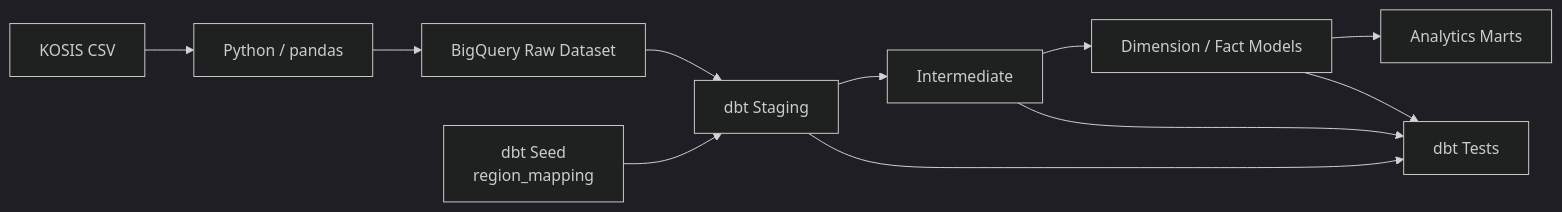
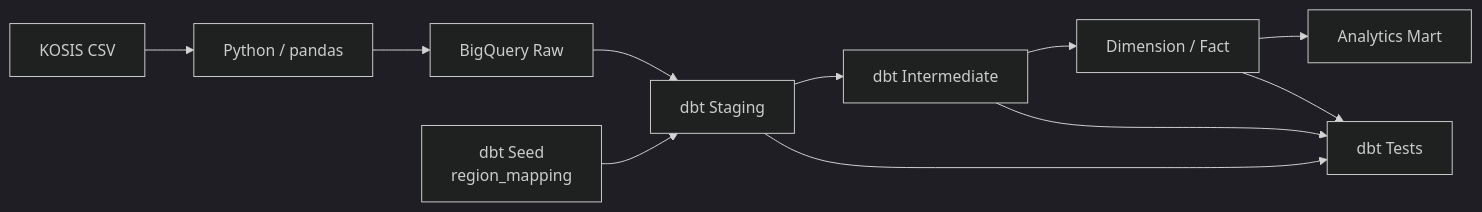
The diagram in README.md (Kai07790/dbt_project_1_tax), drawn with Mermaid (dark theme) before and after one commit. The commit also changed other lines of this file, not shown here.

````diff
--- a/README.md
+++ b/README.md
@@ -147,16 +157,16 @@
 ```mermaid
 flowchart LR
     A[KOSIS CSV] --> B[Python / pandas]
-    B --> C[BigQuery Raw Dataset]
+    B --> C[BigQuery Raw]
 
     S[dbt Seed<br/>region_mapping] --> D[dbt Staging]
     C --> D
 
-    D --> E[Intermediate]
-    E --> F[Dimension / Fact Models]
-    F --> G[Analytics Marts]
+    D --> E[dbt Intermediate]
+    E --> F[Dimension / Fact]
+    F --> G[Analytics Mart]
 
     D --> T[dbt Tests]
     E --> T
     F --> T
 ```
````
